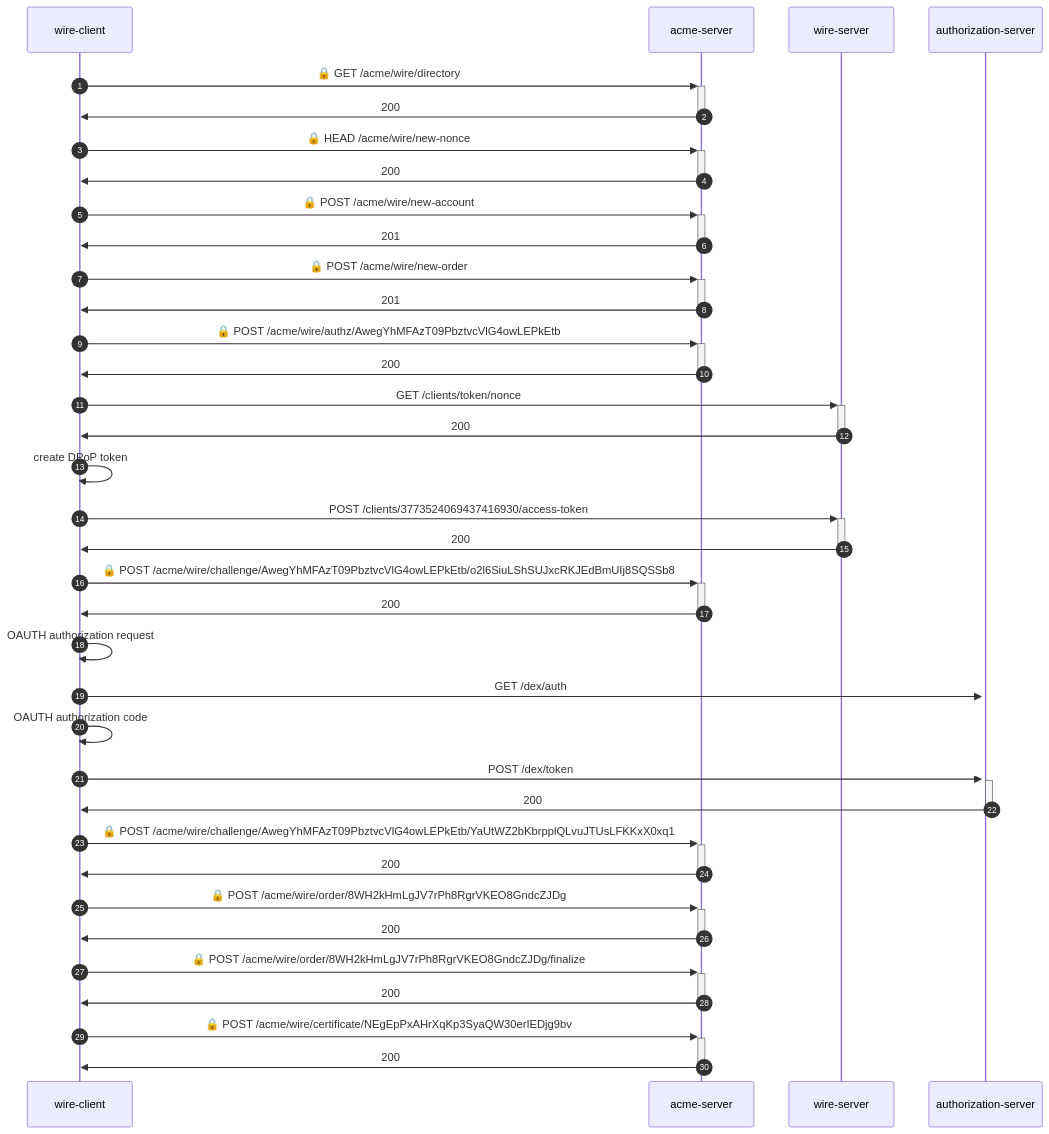
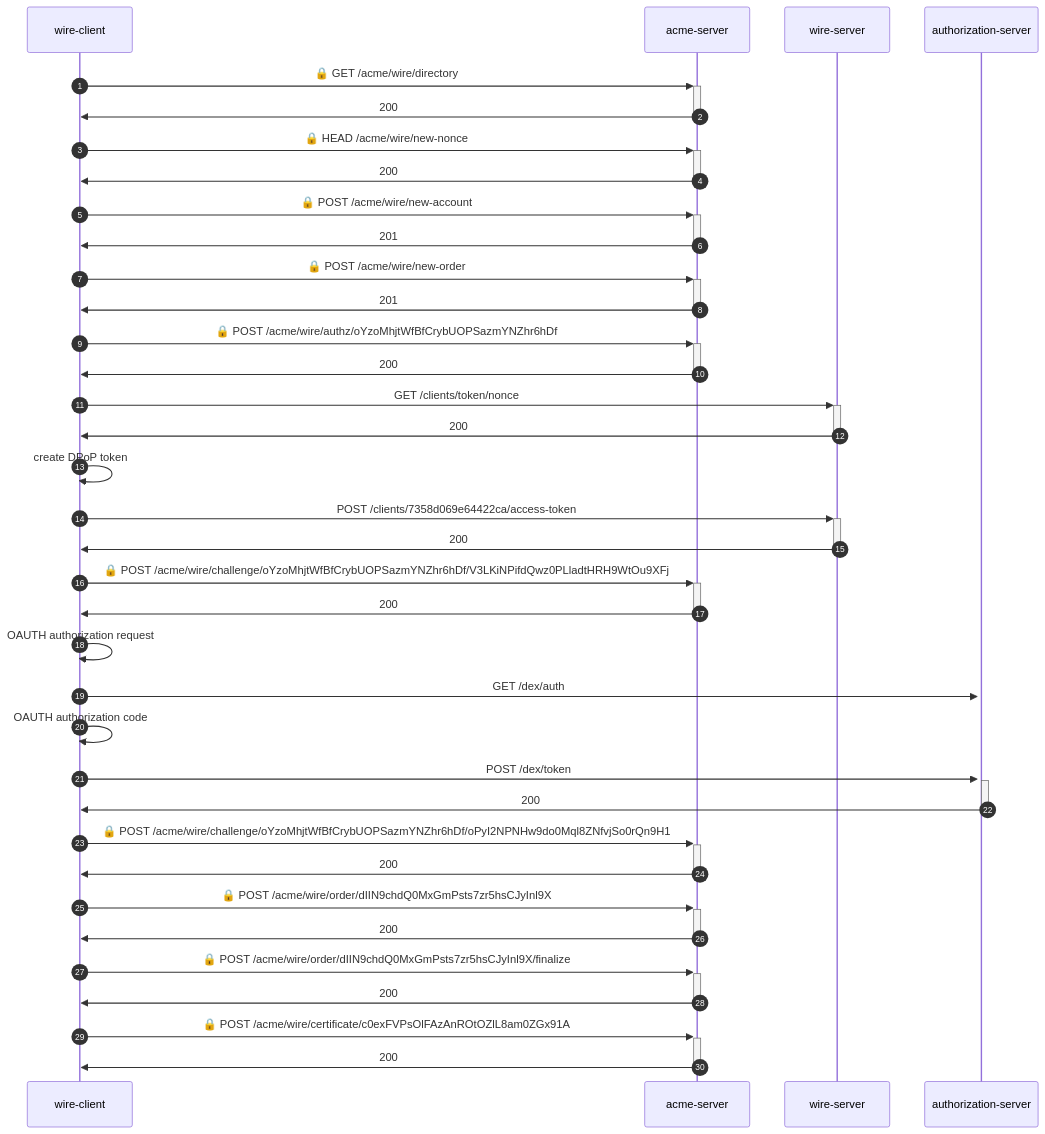
Before and after one commit to wireapp/rusty-jwt-tools: the diagram in e2e-identity/README.md, drawn with Mermaid. The commit also changed other lines of this file and 21 other files, not shown here.

Commit message:
feat: add "target" field in acme challenge to indicate the proof origin

````diff
--- a/e2e-identity/README.md
+++ b/e2e-identity/README.md
@@ -3,34 +3,34 @@
 ```mermaid
 sequenceDiagram
     autonumber
     wire-client->>+acme-server: 🔒 GET /acme/wire/directory
     acme-server->>-wire-client: 200
     wire-client->>+acme-server: 🔒 HEAD /acme/wire/new-nonce
     acme-server->>-wire-client: 200
     wire-client->>+acme-server: 🔒 POST /acme/wire/new-account
     acme-server->>-wire-client: 201
     wire-client->>+acme-server: 🔒 POST /acme/wire/new-order
     acme-server->>-wire-client: 201
-    wire-client->>+acme-server: 🔒 POST /acme/wire/authz/AwegYhMFAzT09PbztvcVlG4owLEPkEtb
+    wire-client->>+acme-server: 🔒 POST /acme/wire/authz/oYzoMhjtWfBfCrybUOPSazmYNZhr6hDf
     acme-server->>-wire-client: 200
     wire-client->>+wire-server:  GET /clients/token/nonce
     wire-server->>-wire-client: 200
     wire-client->>wire-client: create DPoP token
-    wire-client->>+wire-server:  POST /clients/3773524069437416930/access-token
+    wire-client->>+wire-server:  POST /clients/7358d069e64422ca/access-token
     wire-server->>-wire-client: 200
-    wire-client->>+acme-server: 🔒 POST /acme/wire/challenge/AwegYhMFAzT09PbztvcVlG4owLEPkEtb/o2l6SiuLShSUJxcRKJEdBmUIj8SQSSb8
+    wire-client->>+acme-server: 🔒 POST /acme/wire/challenge/oYzoMhjtWfBfCrybUOPSazmYNZhr6hDf/V3LKiNPifdQwz0PLladtHRH9WtOu9XFj
     acme-server->>-wire-client: 200
     wire-client->>wire-client: OAUTH authorization request
     wire-client->>+authorization-server:  GET /dex/auth
     wire-client->>wire-client: OAUTH authorization code
     wire-client->>+authorization-server:  POST /dex/token
     authorization-server->>-wire-client: 200
-    wire-client->>+acme-server: 🔒 POST /acme/wire/challenge/AwegYhMFAzT09PbztvcVlG4owLEPkEtb/YaUtWZ2bKbrpplQLvuJTUsLFKKxX0xq1
+    wire-client->>+acme-server: 🔒 POST /acme/wire/challenge/oYzoMhjtWfBfCrybUOPSazmYNZhr6hDf/oPyI2NPNHw9do0Mql8ZNfvjSo0rQn9H1
     acme-server->>-wire-client: 200
-    wire-client->>+acme-server: 🔒 POST /acme/wire/order/8WH2kHmLgJV7rPh8RgrVKEO8GndcZJDg
+    wire-client->>+acme-server: 🔒 POST /acme/wire/order/dIIN9chdQ0MxGmPsts7zr5hsCJyInl9X
     acme-server->>-wire-client: 200
-    wire-client->>+acme-server: 🔒 POST /acme/wire/order/8WH2kHmLgJV7rPh8RgrVKEO8GndcZJDg/finalize
+    wire-client->>+acme-server: 🔒 POST /acme/wire/order/dIIN9chdQ0MxGmPsts7zr5hsCJyInl9X/finalize
     acme-server->>-wire-client: 200
-    wire-client->>+acme-server: 🔒 POST /acme/wire/certificate/NEgEpPxAHrXqKp3SyaQW30erIEDjg9bv
+    wire-client->>+acme-server: 🔒 POST /acme/wire/certificate/c0exFVPsOlFAzAnROtOZlL8am0ZGx91A
     acme-server->>-wire-client: 200
 ```
````
